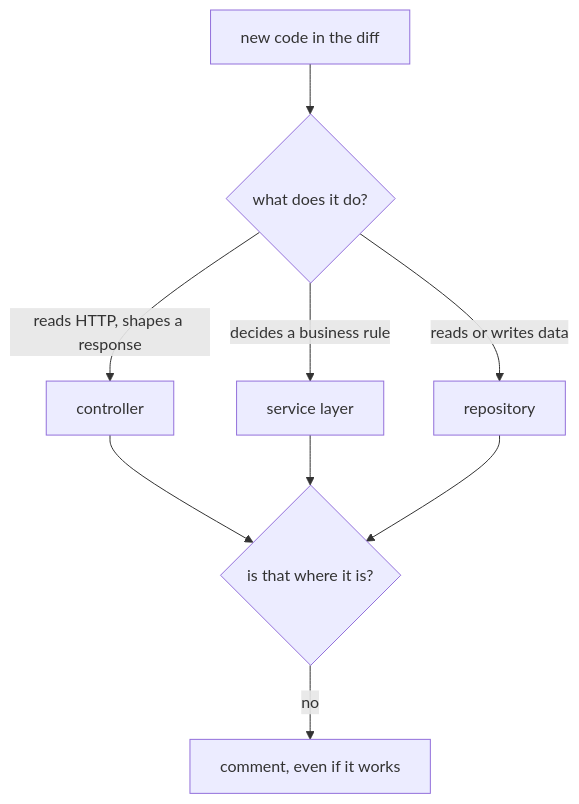
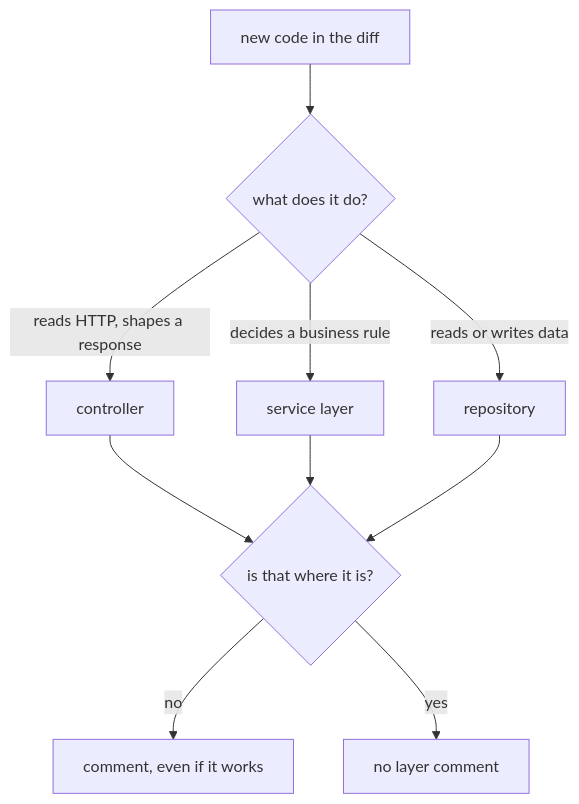
One commit to duyan11110/lo-trinh-architect changed the diagram in content/tracks/management/code-review/management.l1.reviewing-for-layers.en.md. Above: the diagram before and after it, drawn with Mermaid. The commit also changed other lines of this file and 3 other files, not shown here.

````diff
--- a/content/tracks/management/code-review/management.l1.reviewing-for-layers.en.md
+++ b/content/tracks/management/code-review/management.l1.reviewing-for-layers.en.md
@@ -38,9 +38,10 @@
 ```mermaid
 flowchart TD
   D[new code in the diff] --> Q{what does it do?}
   Q -->|reads HTTP, shapes a response| C[controller]
   Q -->|decides a business rule| S[service layer]
   Q -->|reads or writes data| R[repository]
   C & S & R --> M{is that where it is?}
   M -->|no| X[comment, even if it works]
+  M -->|yes| OK[no layer comment]
 ```
````
